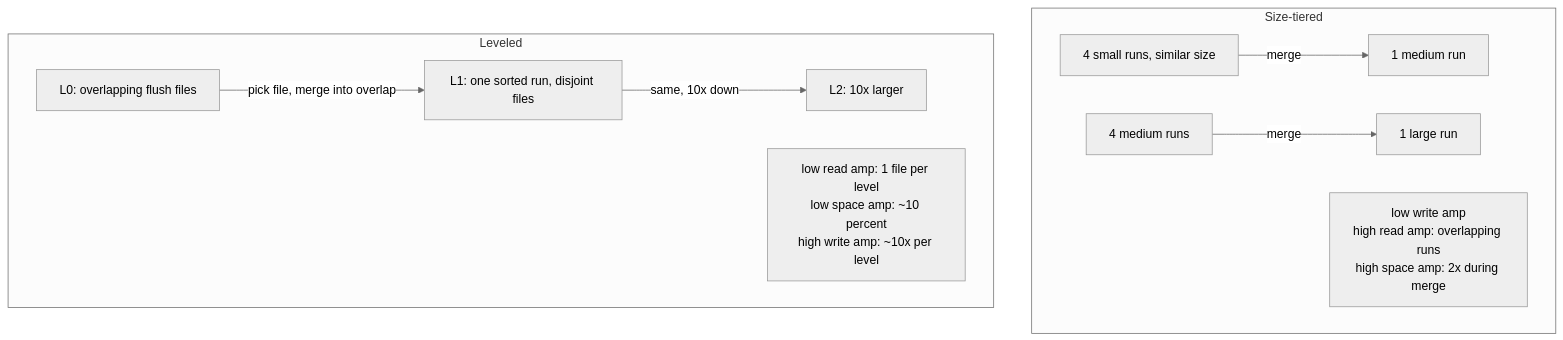
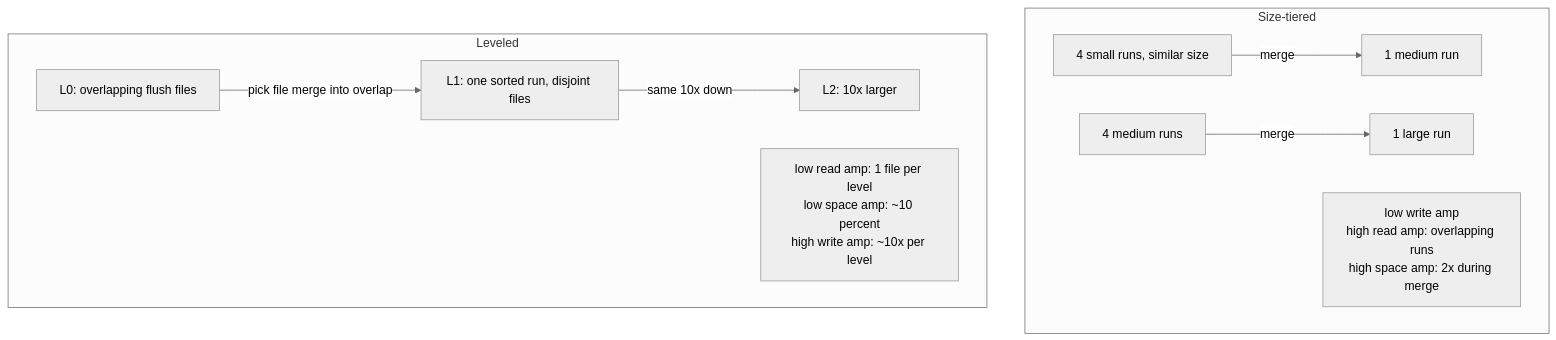
Before and after one commit to bumbsclaw/textbooks: the fourth of 7 diagrams in vol-05-databases/ch02-storage-engines.md, drawn with Mermaid (neutral theme). The commit also changed other lines of this file and 173 other files, not shown here.

First line of the commit message:
fix(mermaid): close note brackets, semicolons in Notes, stateDiagram br -> dash, edge parens

````diff
--- a/vol-05-databases/ch02-storage-engines.md
+++ b/vol-05-databases/ch02-storage-engines.md
@@ -398,13 +391,13 @@
 ```mermaid
 flowchart TD
   subgraph ST["Size-tiered"]
     A1["4 small runs, similar size"] -->|"merge"| A2["1 medium run"]
     A3["4 medium runs"] -->|"merge"| A4["1 large run"]
     A5["low write amp<br/>high read amp: overlapping runs<br/>high space amp: 2x during merge"]
   end
   subgraph LV["Leveled"]
-    B0["L0: overlapping flush files"] -->|"pick file, merge into overlap"| B1["L1: one sorted run, disjoint files"]
-    B1 -->|"same, 10x down"| B2["L2: 10x larger"]
+    B0["L0: overlapping flush files"] -->|"pick file merge into overlap"| B1["L1: one sorted run, disjoint files"]
+    B1 -->|"same 10x down"| B2["L2: 10x larger"]
     B3["low read amp: 1 file per level<br/>low space amp: ~10 percent<br/>high write amp: ~10x per level"]
   end
 ```
````
